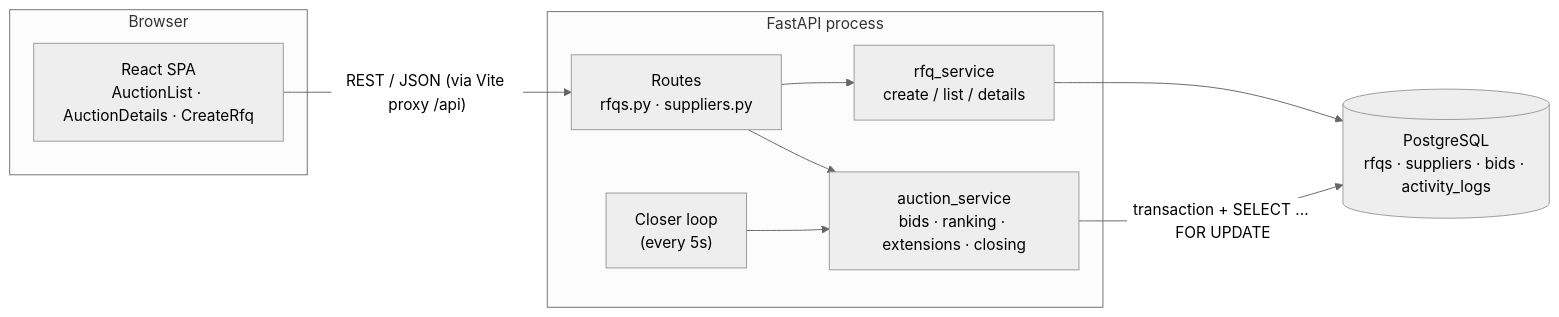
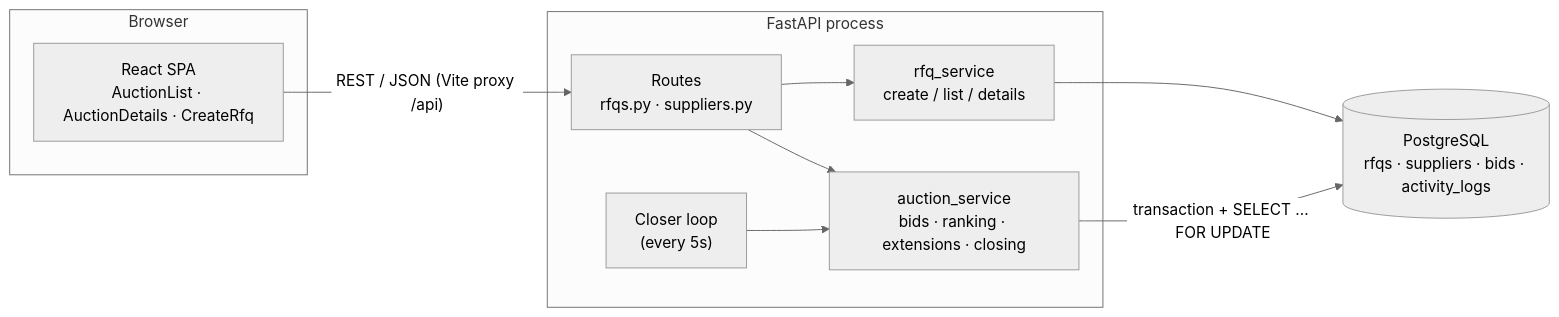
One commit to dev-shubhamroy/british-auction-rfq changed the first of 2 diagrams in docs/DESIGN.md. Above: the diagram before and after it, drawn with Mermaid (neutral theme). The commit also changed other lines of this file and 9 other files, not shown here.

````diff
--- a/docs/DESIGN.md
+++ b/docs/DESIGN.md
@@ -68,22 +25,22 @@
 ```mermaid
 flowchart LR
     subgraph Browser
         UI["React SPA<br/>AuctionList · AuctionDetails · CreateRfq"]
     end
 
     subgraph API["FastAPI process"]
         R["Routes<br/>rfqs.py · suppliers.py"]
         S1["rfq_service<br/>create / list / details"]
         S2["auction_service<br/>bids · ranking · extensions · closing"]
         BG["Closer loop<br/>(every 5s)"]
     end
 
     DB[("PostgreSQL<br/>rfqs · suppliers · bids · activity_logs")]
 
-    UI -- "REST / JSON (via Vite proxy /api)" --> R
+    UI -- "REST / JSON (Vite proxy /api)" --> R
     R --> S1
     R --> S2
     S1 --> DB
     S2 -- "transaction + SELECT ... FOR UPDATE" --> DB
     BG --> S2
 ```
````
